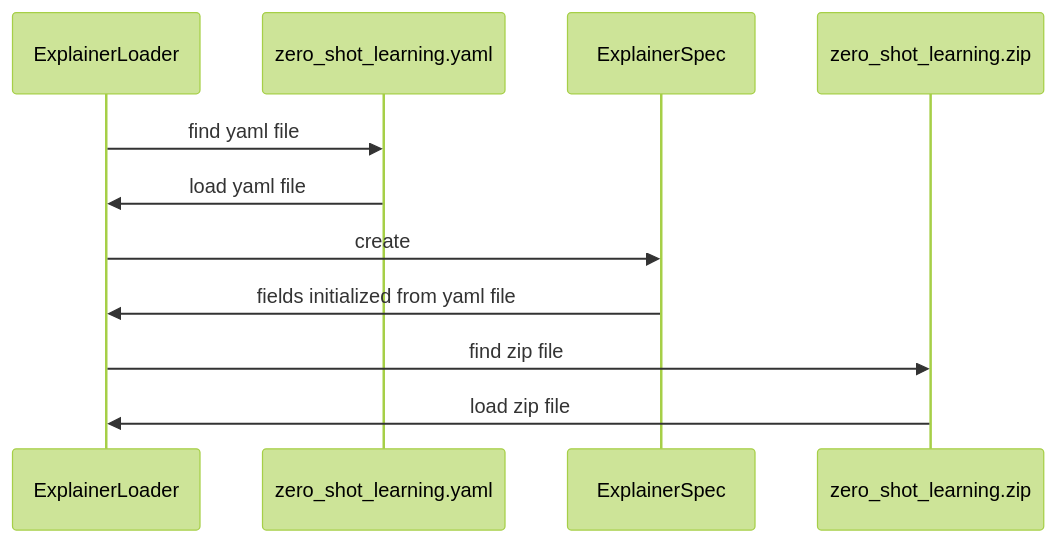
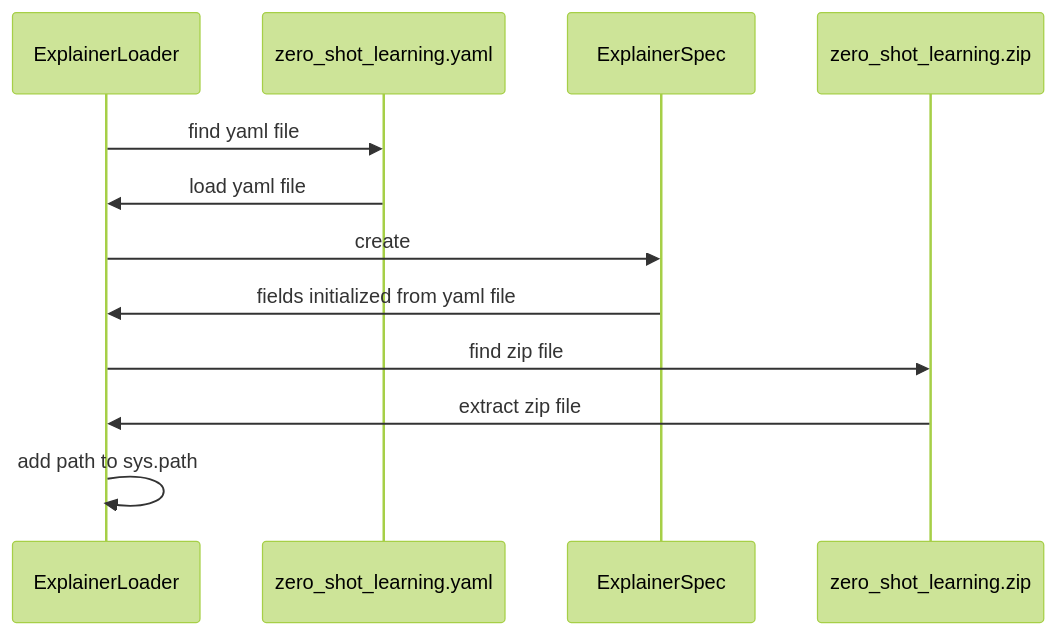
The third of 3 diagrams in docs/design/index.md (intel/intel-xai-tools), drawn with Mermaid (forest theme) before and after one commit. The commit also changed other lines of this file and 5 other files, not shown here.

````diff
--- a/docs/design/index.md
+++ b/docs/design/index.md
@@ -251,15 +247,16 @@
 ```{mermaid}
 :caption: "Explainer sequence diagram when resolving a yaml file"
 
 sequenceDiagram
     participant ExplainerLoader
     participant zero_shot_learning.yaml
     participant ExplainerSpec
     ExplainerLoader->>zero_shot_learning.yaml: find yaml file
     zero_shot_learning.yaml->>ExplainerLoader: load yaml file
     ExplainerLoader->>ExplainerSpec: create
     ExplainerSpec->>ExplainerLoader: fields initialized from yaml file
     ExplainerLoader->>zero_shot_learning.zip: find zip file
-    zero_shot_learning.zip->>ExplainerLoader: load zip file
+    zero_shot_learning.zip->>ExplainerLoader: extract zip file
+    ExplainerLoader->>ExplainerLoader: add path to sys.path
 
 ```
````
